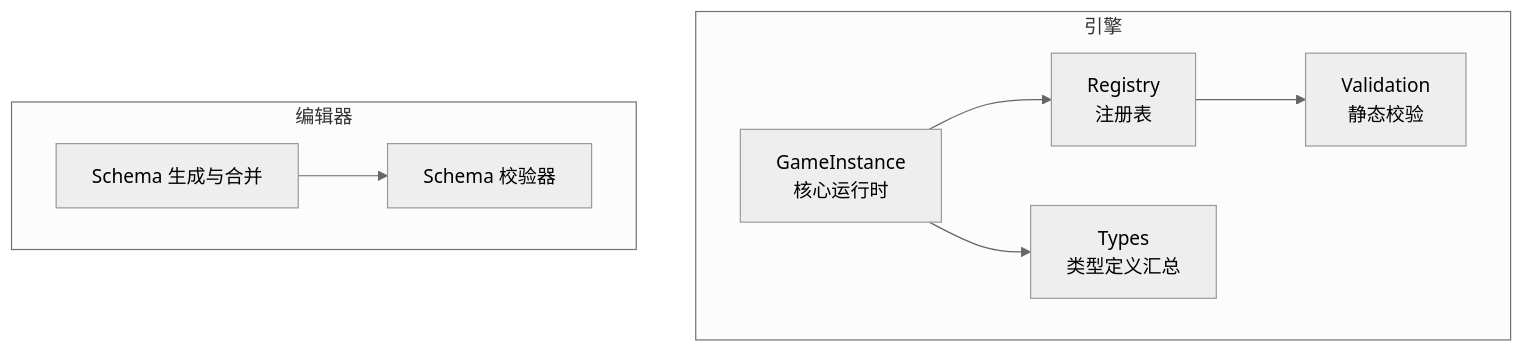
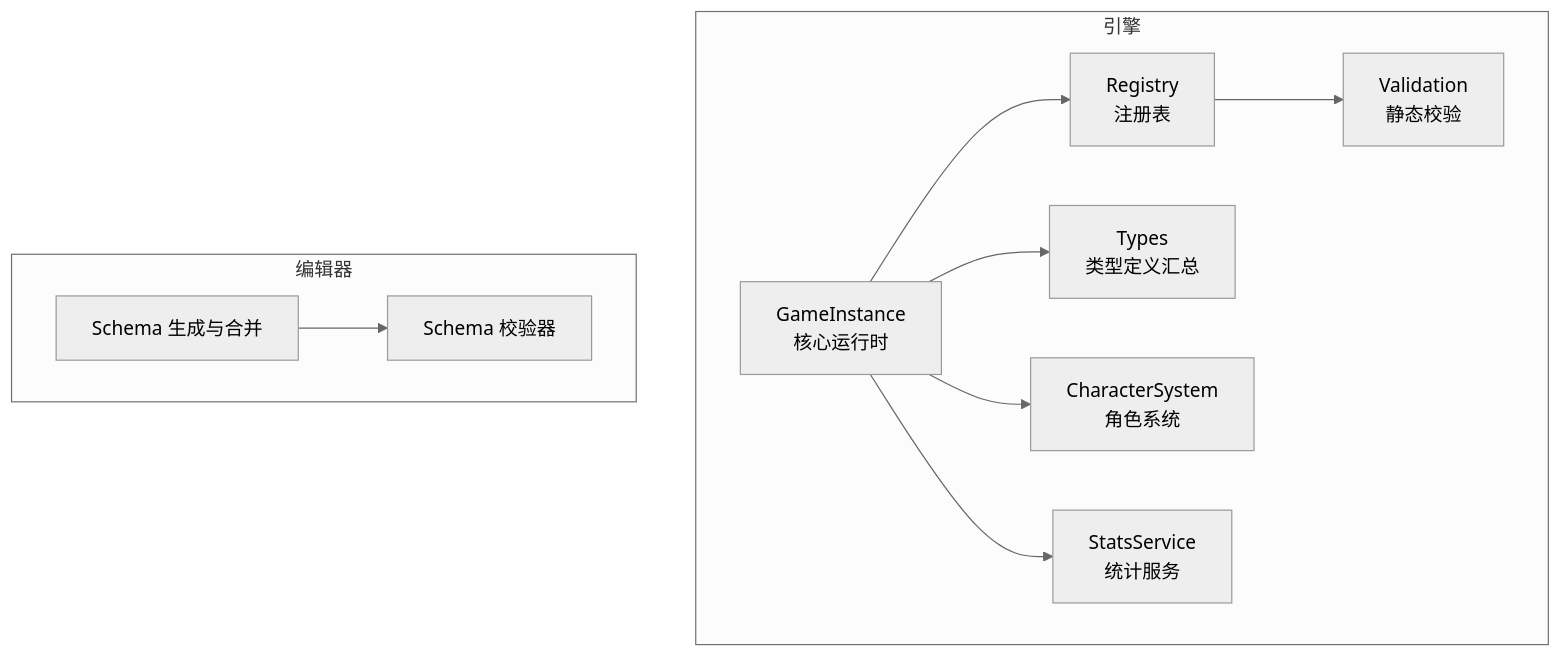
One commit to EsiLA9/Arona-Clicker changed the first of 6 diagrams in .qoder/repowiki/zh/content/数据系统/数据系统.md. Above: the diagram before and after it, drawn with Mermaid (neutral theme). The commit also changed other lines of this file and 45 other files, not shown here.

````diff
--- a/.qoder/repowiki/zh/content/数据系统/数据系统.md
+++ b/.qoder/repowiki/zh/content/数据系统/数据系统.md
@@ -44,17 +63,21 @@
 ```mermaid
 graph TB
 subgraph "引擎"
 A["GameInstance<br/>核心运行时"]
 B["Registry<br/>注册表"]
 C["Types<br/>类型定义汇总"]
 D["Validation<br/>静态校验"]
+E["CharacterSystem<br/>角色系统"]
+F["StatsService<br/>统计服务"]
 end
 subgraph "编辑器"
-E["Schema 生成与合并"]
-F["Schema 校验器"]
+G["Schema 生成与合并"]
+H["Schema 校验器"]
 end
 A --> B
 A --> C
+A --> E
+A --> F
 B --> D
-E --> F
+G --> H
 ```
````
